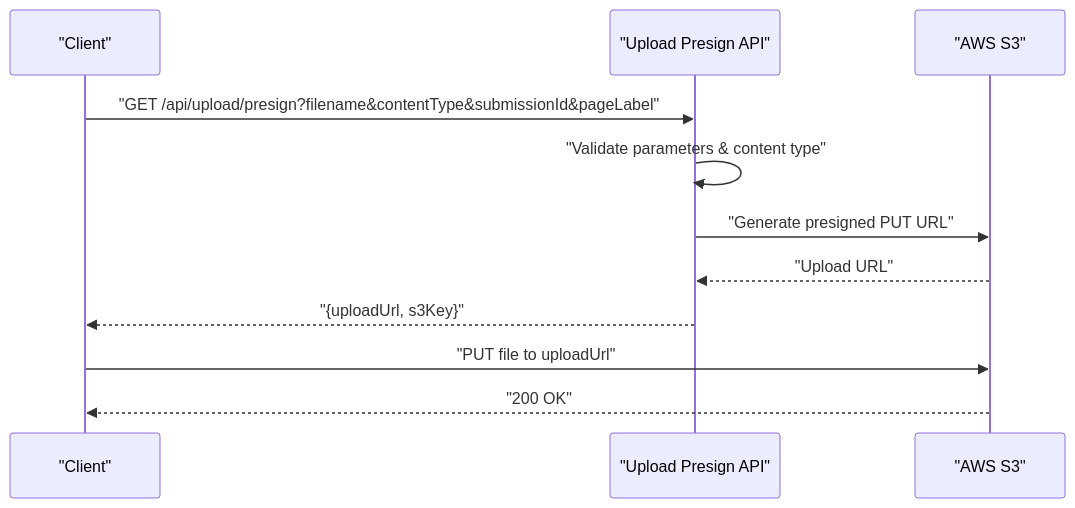
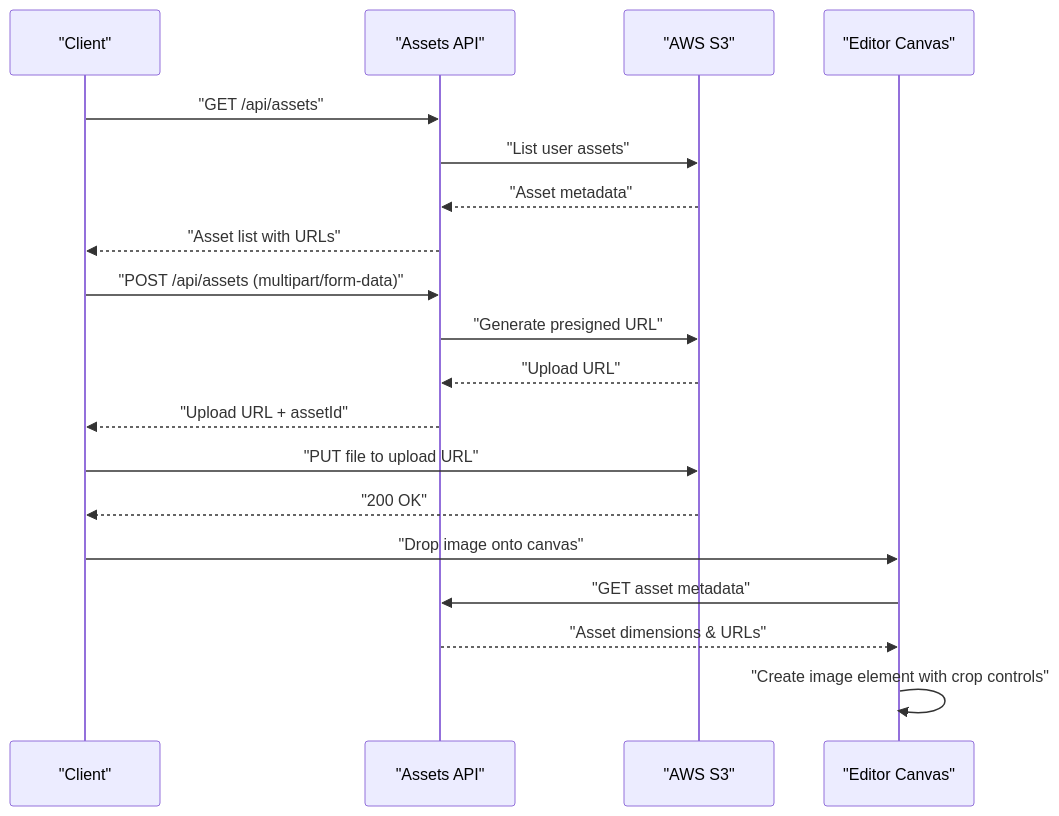
Before and after one commit to Crowdspender/titchybooks-app: the fifth of 9 diagrams in .qoder/repowiki/en/content/Project Overview.md, drawn with Mermaid. The commit also changed other lines of this file and 62 other files, not shown here.

````diff
--- a/.qoder/repowiki/en/content/Project Overview.md
+++ b/.qoder/repowiki/en/content/Project Overview.md
@@ -211,13 +349,21 @@
 ```mermaid
 sequenceDiagram
 participant Client as "Client"
-participant UploadAPI as "Upload Presign API"
+participant AssetsAPI as "Assets API"
 participant S3 as "AWS S3"
-Client->>UploadAPI : "GET /api/upload/presign?filename&contentType&submissionId&pageLabel"
-UploadAPI->>UploadAPI : "Validate parameters & content type"
-UploadAPI->>S3 : "Generate presigned PUT URL"
-S3-->>UploadAPI : "Upload URL"
-UploadAPI-->>Client : "{uploadUrl, s3Key}"
-Client->>S3 : "PUT file to uploadUrl"
+participant Editor as "Editor Canvas"
+Client->>AssetsAPI : "GET /api/assets"
+AssetsAPI->>S3 : "List user assets"
+S3-->>AssetsAPI : "Asset metadata"
+AssetsAPI-->>Client : "Asset list with URLs"
+Client->>AssetsAPI : "POST /api/assets (multipart/form-data)"
+AssetsAPI->>S3 : "Generate presigned URL"
+S3-->>AssetsAPI : "Upload URL"
+AssetsAPI-->>Client : "Upload URL + assetId"
+Client->>S3 : "PUT file to upload URL"
 S3-->>Client : "200 OK"
+Client->>Editor : "Drop image onto canvas"
+Editor->>AssetsAPI : "GET asset metadata"
+AssetsAPI-->>Editor : "Asset dimensions & URLs"
+Editor->>Editor : "Create image element with crop controls"
 ```
````
